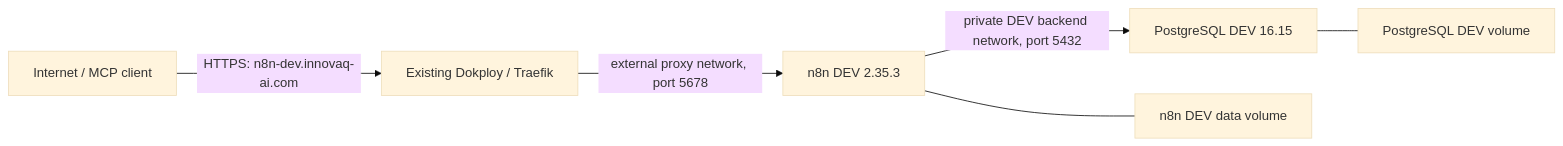
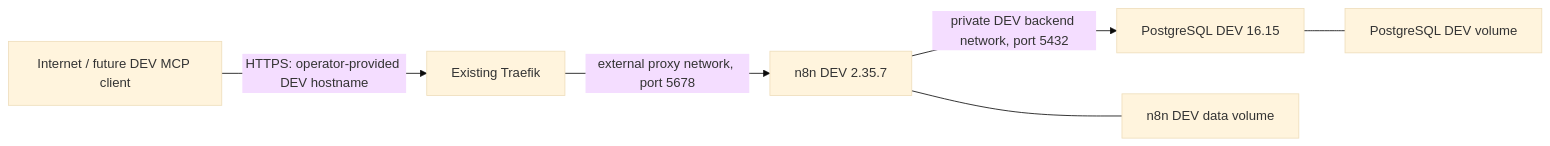
The diagram in infra/n8n-dev/README.md (carlosr01/linkedin-content-engine), drawn with Mermaid (base theme) before and after one commit. The commit also changed other lines of this file and 2 other files, not shown here.

Commit message:
fix(infra): harden isolated n8n dev configuration

````diff
--- a/infra/n8n-dev/README.md
+++ b/infra/n8n-dev/README.md
@@ -16,8 +29,8 @@
 ```mermaid
 flowchart LR
-  Internet["Internet / MCP client"] -->|"HTTPS: n8n-dev.innovaq-ai.com"| Traefik["Existing Dokploy / Traefik"]
-  Traefik -->|"external proxy network, port 5678"| N8N["n8n DEV 2.35.3"]
+  Internet["Internet / future DEV MCP client"] -->|"HTTPS: operator-provided DEV hostname"| Traefik["Existing Traefik"]
+  Traefik -->|"external proxy network, port 5678"| N8N["n8n DEV 2.35.7"]
   N8N -->|"private DEV backend network, port 5432"| Postgres["PostgreSQL DEV 16.15"]
   N8N --- N8NVolume["n8n DEV data volume"]
   Postgres --- PostgresVolume["PostgreSQL DEV volume"]
 ```
````
